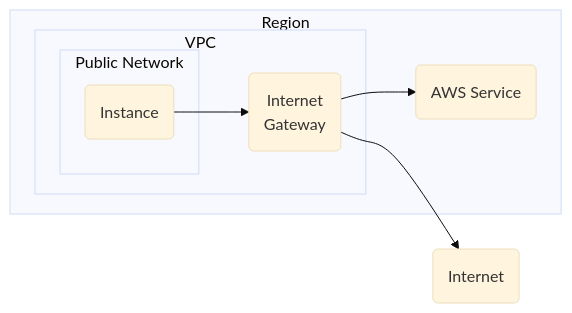
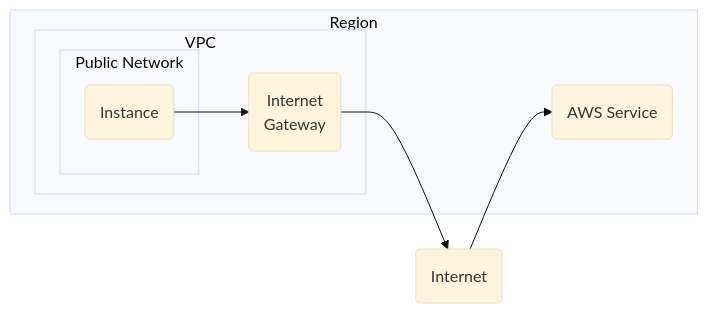
Before and after one commit to mcereda/oam: the first of 4 diagrams in knowledge base/cloud computing/aws/README.md, drawn with Mermaid (base theme). The commit also changed other lines of this file and 4 other files, not shown here.

````diff
--- a/knowledge base/cloud computing/aws/README.md
+++ b/knowledge base/cloud computing/aws/README.md
@@ -98,16 +116,16 @@
 ```mermaid
 graph LR
   i(Internet)
   subgraph Region
     as(AWS Service)
     subgraph VPC
       ig(Internet<br/>Gateway)
       subgraph Public Network
         ei(Instance)
       end
     end
   end
   ei --> ig
   ig --> i
-  ig --> as
+  i --> as
 ```
````
